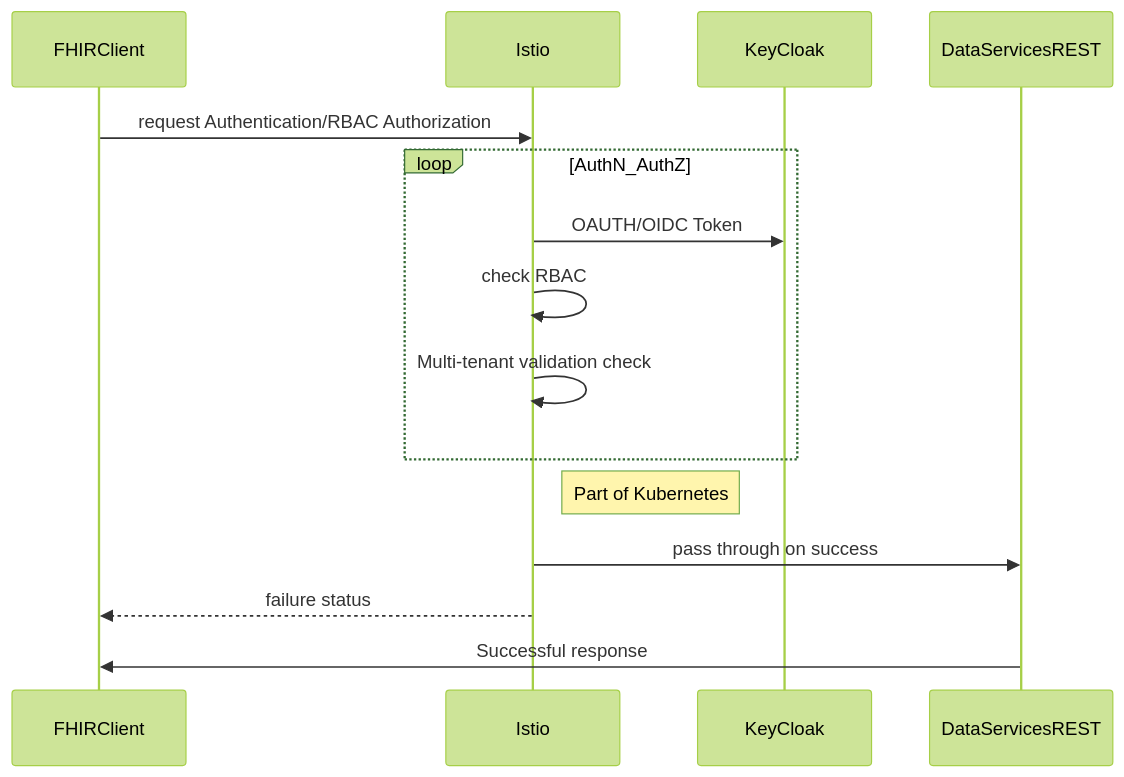
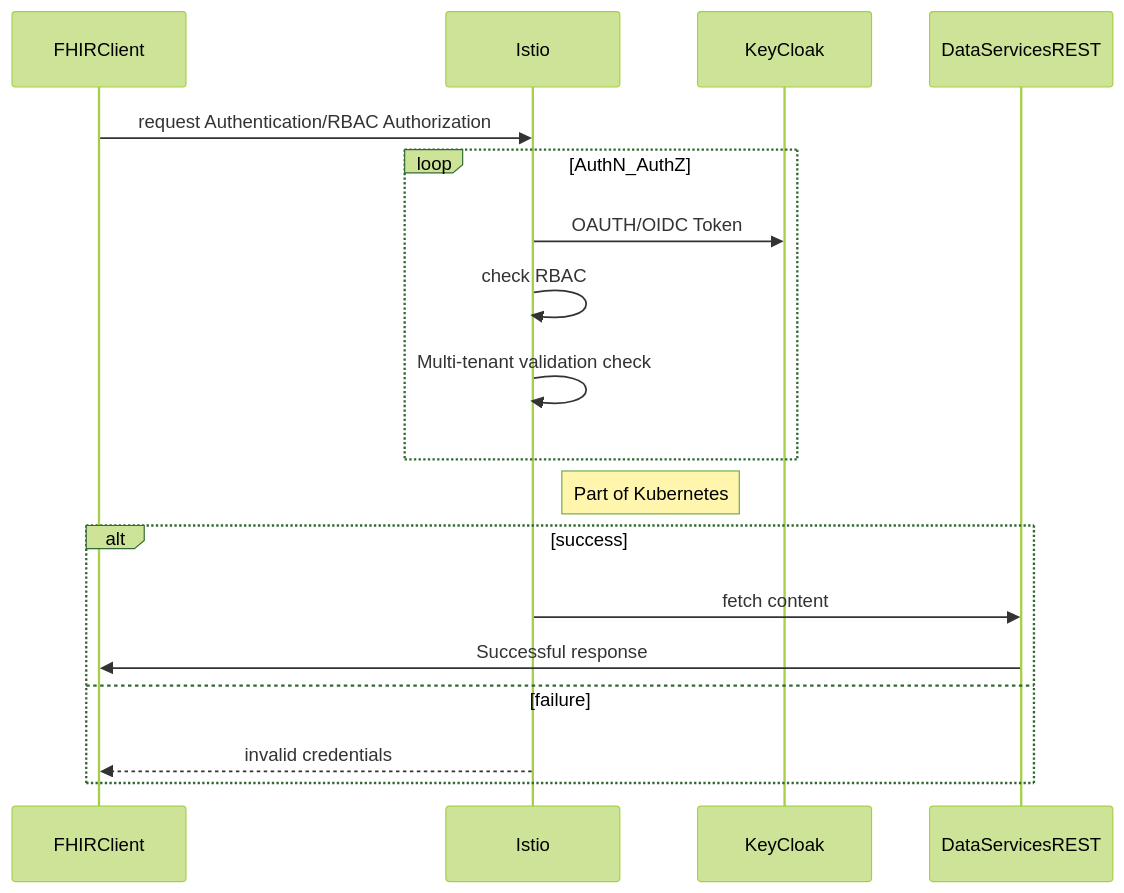
Before and after one commit to ameet123/authnauthz_docs: the diagram in README.md, drawn with Mermaid (forest theme). The commit also changed 1 other file, not shown here.

Commit message:
SDO to istio

````diff
--- a/README.md
+++ b/README.md
@@ -13,17 +13,21 @@
 ```mermaid
 sequenceDiagram
     participant FHIRClient
     participant Istio
     participant KeyCloak
     participant DataServicesREST
     FHIRClient->>Istio: request Authentication/RBAC Authorization
     loop AuthN_AuthZ
       Istio->>KeyCloak: OAUTH/OIDC Token
       Istio->>Istio: check RBAC
       Istio->>Istio: Multi-tenant validation check
     end
     Note right of Istio: Part of Kubernetes
-    Istio->>DataServicesREST: pass through on success
-    Istio-->>FHIRClient: failure status
-    DataServicesREST->>FHIRClient: Successful response
+    alt success
+     Istio->>DataServicesREST: fetch content
+     DataServicesREST->>FHIRClient: Successful response
+    else failure
+     Istio-->>FHIRClient: invalid credentials
+    end
+   
 ```
````
